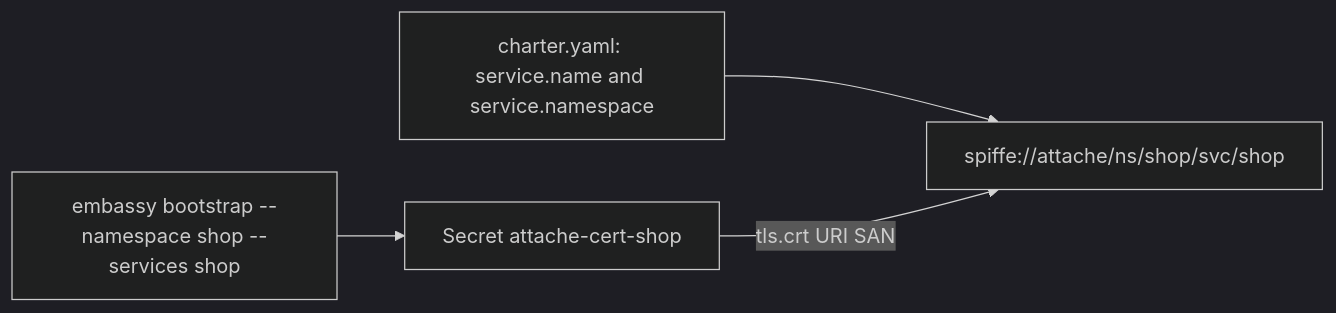
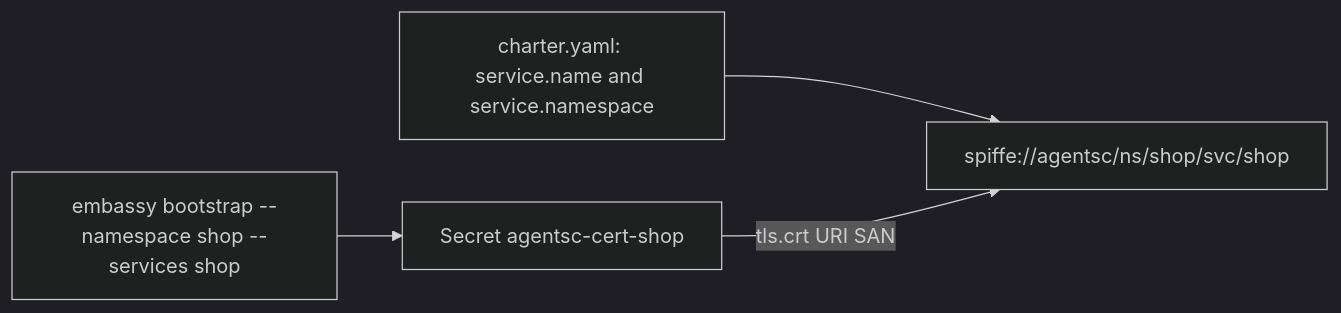
One commit to f8fvwgzc/agent-sidecar changed the third of 3 diagrams in docs/guides/monolith-and-monorepo.md. Above: the diagram before and after it, drawn with Mermaid (dark theme). The commit also changed other lines of this file and 365 other files, not shown here.

First line of the commit message:
Rename attache to agentsc (agent-sidecar) everywhere

````diff
--- a/docs/guides/monolith-and-monorepo.md
+++ b/docs/guides/monolith-and-monorepo.md
@@ -638,6 +638,6 @@
 ```mermaid
 flowchart LR
-  charter["charter.yaml: service.name and service.namespace"] --> spiffeid["spiffe://attache/ns/shop/svc/shop"]
-  job["embassy bootstrap --namespace shop --services shop"] --> secret["Secret attache-cert-shop"]
+  charter["charter.yaml: service.name and service.namespace"] --> spiffeid["spiffe://agentsc/ns/shop/svc/shop"]
+  job["embassy bootstrap --namespace shop --services shop"] --> secret["Secret agentsc-cert-shop"]
   secret -->|"tls.crt URI SAN"| spiffeid
 ```
````
